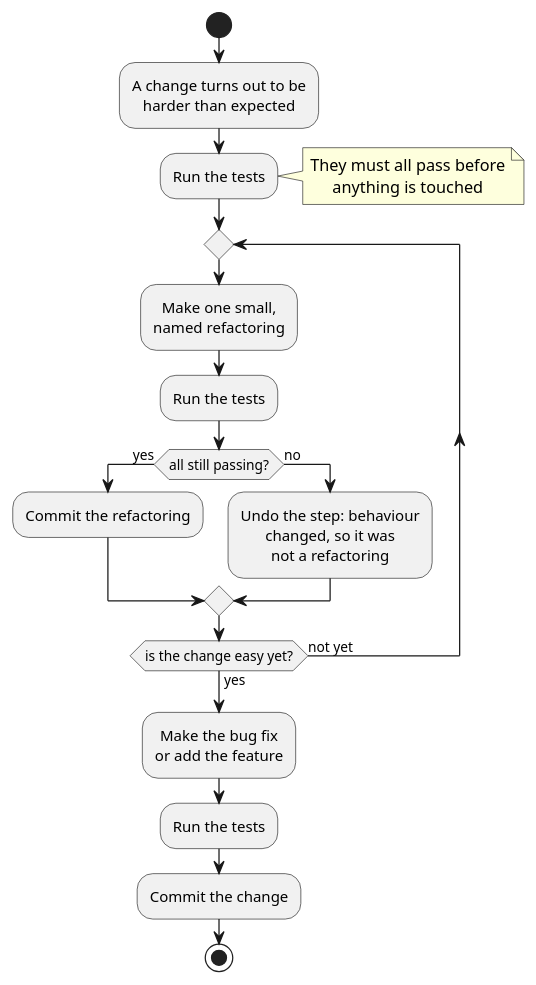
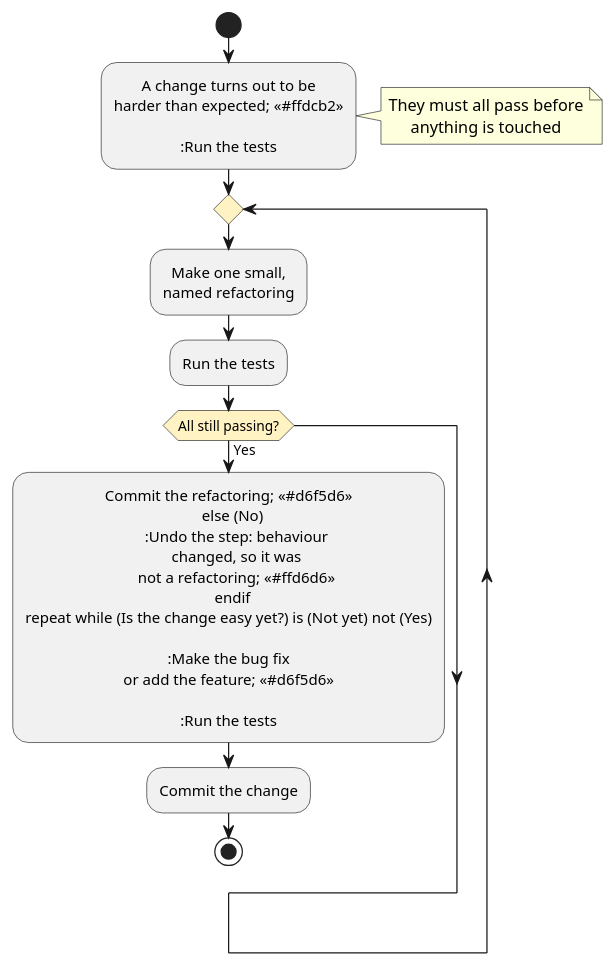
The diagram in docs/part3/04_refactoring.md (ubccpsc/210), drawn with PlantUML before and after one commit. The commit also changed other lines of this file and 5 other files, not shown here.

````diff
--- a/docs/part3/04_refactoring.md
+++ b/docs/part3/04_refactoring.md
@@ -217,41 +236,42 @@
 ```plantuml
 @startuml
 
 skinparam defaultTextAlignment center
+skinparam activityDiamondBackgroundColor #fff3c4
 
 start
 
 :A change turns out to be
-harder than expected;
+harder than expected; <<#ffdcb2>>
 
 :Run the tests;
 
 note right
   They must all pass before
   anything is touched
 end note
 
 repeat
   :Make one small,
   named refactoring;
   :Run the tests;
-  if (all still passing?) then (yes)
-    :Commit the refactoring;
-  else (no)
+  if (All still passing?) then (Yes)
+    :Commit the refactoring; <<#d6f5d6>>
+  else (No)
     :Undo the step: behaviour
     changed, so it was
-    not a refactoring;
+    not a refactoring; <<#ffd6d6>>
   endif
-repeat while (is the change easy yet?) is (not yet) not (yes)
+repeat while (Is the change easy yet?) is (Not yet) not (Yes)
 
 :Make the bug fix
-or add the feature;
+or add the feature; <<#d6f5d6>>
 
 :Run the tests;
 
 :Commit the change;
 
 stop
 
 @enduml
 ```
````
